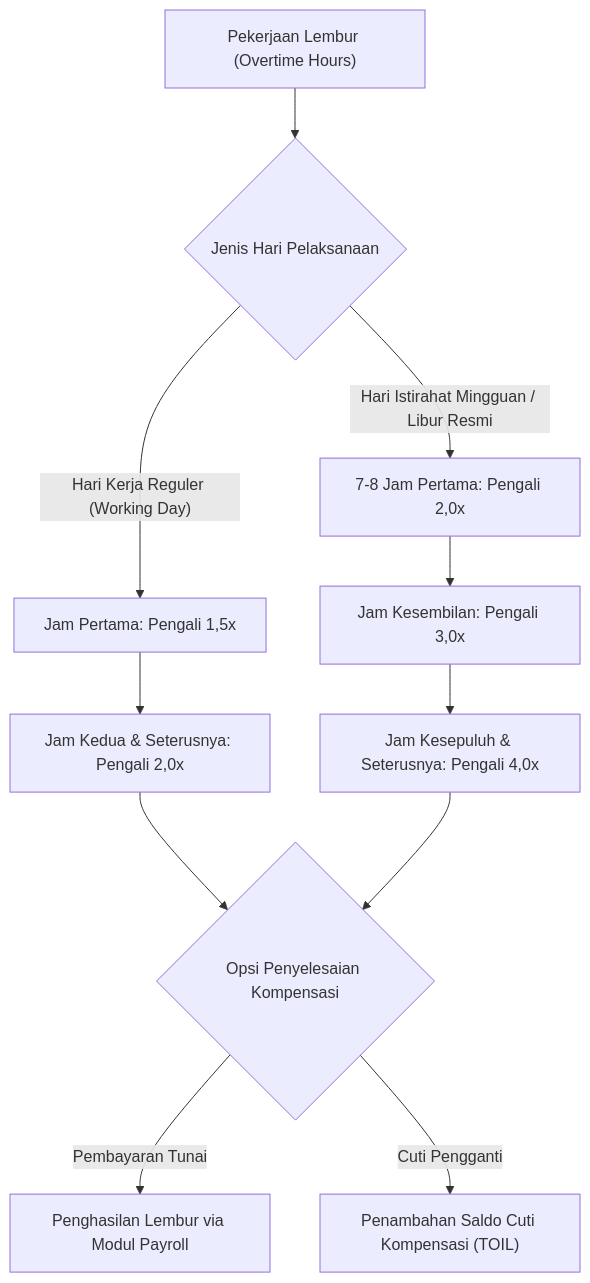
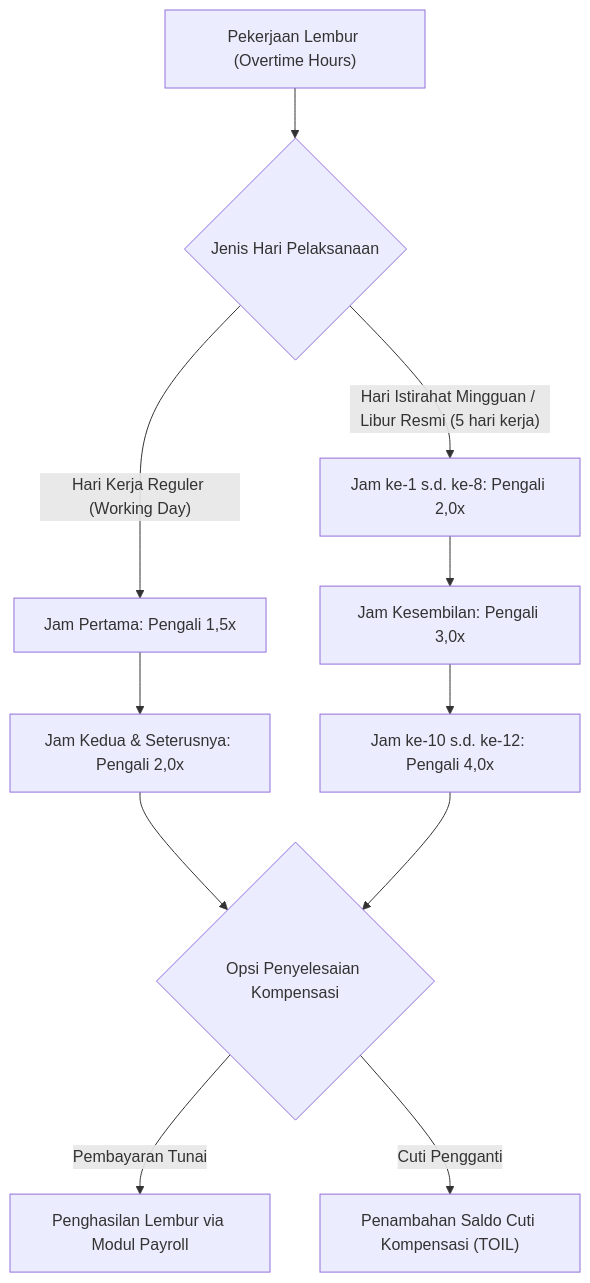
The first of 2 diagrams in content/10-hr/overtime-and-time-management.md (alimurrofid/erp-notes), drawn with Mermaid before and after one commit. The commit also changed other lines of this file and 168 other files, not shown here.

````diff
--- a/content/10-hr/overtime-and-time-management.md
+++ b/content/10-hr/overtime-and-time-management.md
@@ -33,15 +33,15 @@
 ```mermaid
 flowchart TD
     OT["Pekerjaan Lembur (Overtime Hours)"] --> DAY{"Jenis Hari Pelaksanaan"}
     
     DAY -- "Hari Kerja Reguler (Working Day)" --> W1["Jam Pertama: Pengali 1,5x"]
     W1 --> W2["Jam Kedua & Seterusnya: Pengali 2,0x"]
     
-    DAY -- "Hari Istirahat Mingguan / Libur Resmi" --> H1["7-8 Jam Pertama: Pengali 2,0x"]
+    DAY -- "Hari Istirahat Mingguan / Libur Resmi (5 hari kerja)" --> H1["Jam ke-1 s.d. ke-8: Pengali 2,0x"]
     H1 --> H2["Jam Kesembilan: Pengali 3,0x"]
-    H2 --> H3["Jam Kesepuluh & Seterusnya: Pengali 4,0x"]
+    H2 --> H3["Jam ke-10 s.d. ke-12: Pengali 4,0x"]
     
     W2 & H3 --> COMP{"Opsi Penyelesaian Kompensasi"}
     COMP -- "Pembayaran Tunai" --> PAY["Penghasilan Lembur via Modul Payroll"]
     COMP -- "Cuti Pengganti" --> TOIL["Penambahan Saldo Cuti Kompensasi (TOIL)"]
 ```
````
